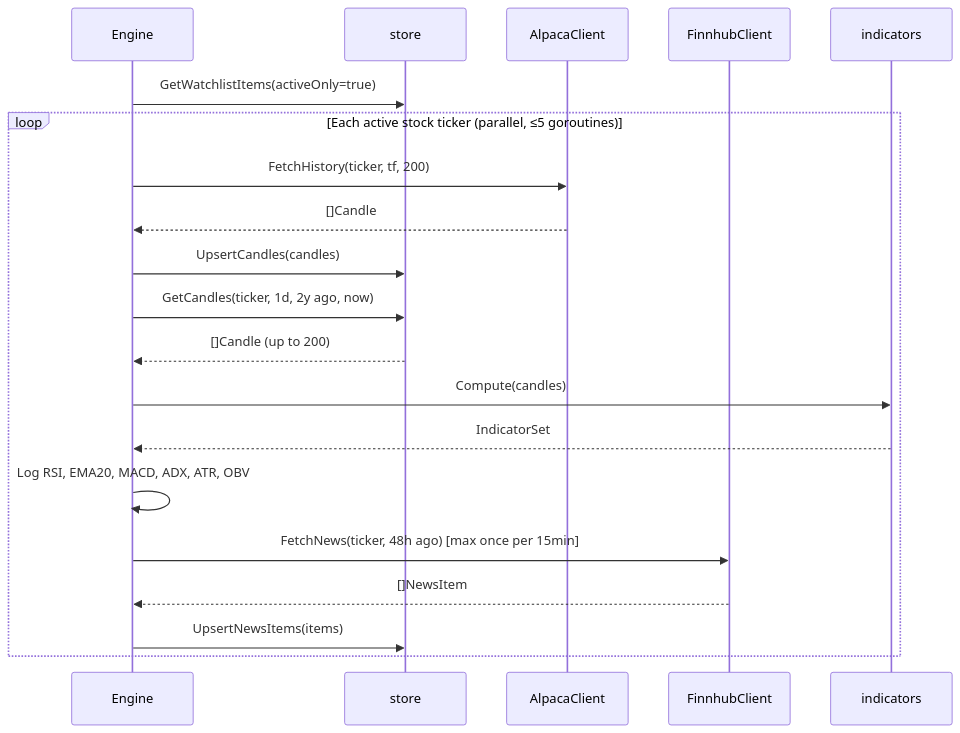
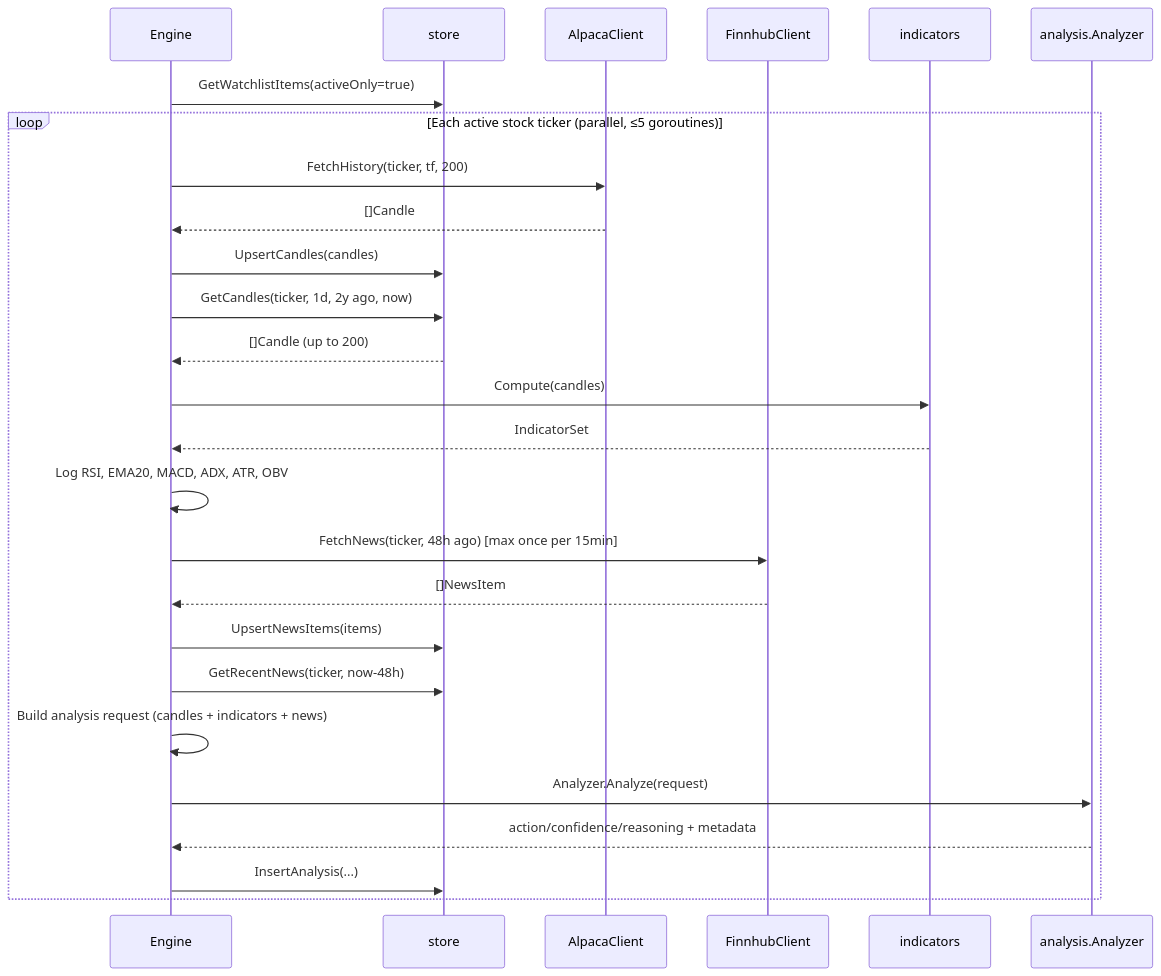
The diagram in internal/engine/README.md (romeo-folie/trade-engine), drawn with Mermaid before and after one commit. The commit also changed other lines of this file and 14 other files, not shown here.

````diff
--- a/internal/engine/README.md
+++ b/internal/engine/README.md
@@ -31,23 +31,29 @@
 ```mermaid
 sequenceDiagram
     participant E as Engine
     participant DB as store
     participant A as AlpacaClient
     participant F as FinnhubClient
     participant I as indicators
+    participant L as analysis.Analyzer
 
     E->>DB: GetWatchlistItems(activeOnly=true)
     loop Each active stock ticker (parallel, ≤5 goroutines)
         E->>A: FetchHistory(ticker, tf, 200)
         A-->>E: []Candle
         E->>DB: UpsertCandles(candles)
         E->>DB: GetCandles(ticker, 1d, 2y ago, now)
         DB-->>E: []Candle (up to 200)
         E->>I: Compute(candles)
         I-->>E: IndicatorSet
         E->>E: Log RSI, EMA20, MACD, ADX, ATR, OBV
         E->>F: FetchNews(ticker, 48h ago) [max once per 15min]
         F-->>E: []NewsItem
         E->>DB: UpsertNewsItems(items)
+        E->>DB: GetRecentNews(ticker, now-48h)
+        E->>E: Build analysis request (candles + indicators + news)
+        E->>L: Analyzer.Analyze(request)
+        L-->>E: action/confidence/reasoning + metadata
+        E->>DB: InsertAnalysis(...)
     end
 ```
````
